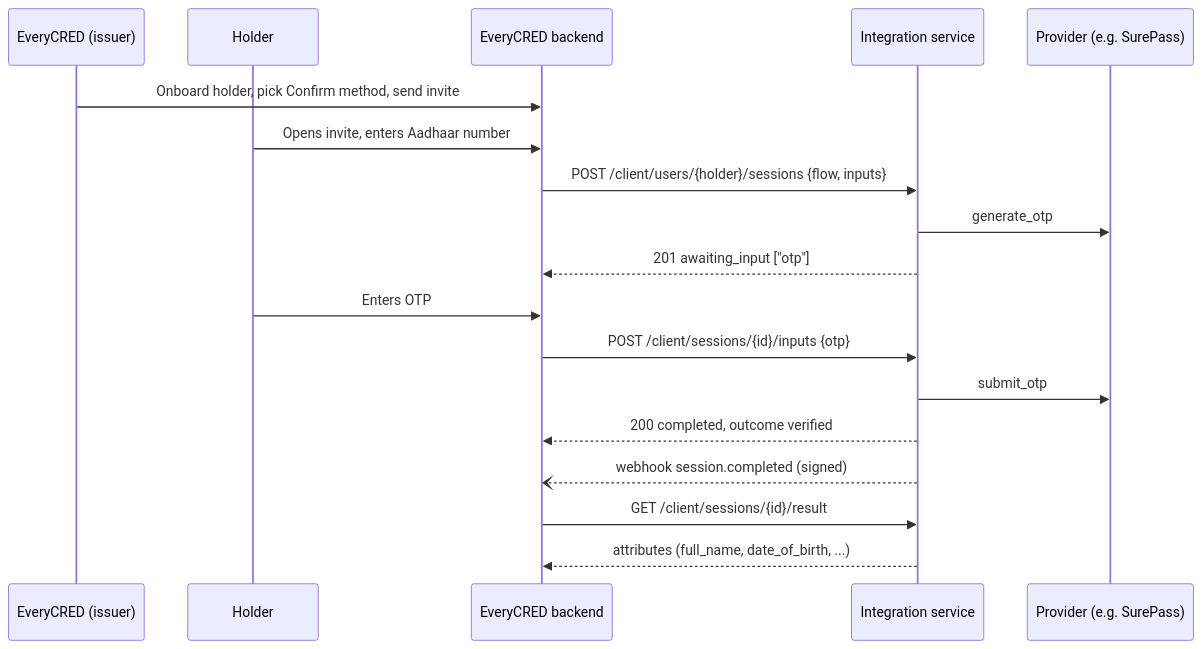
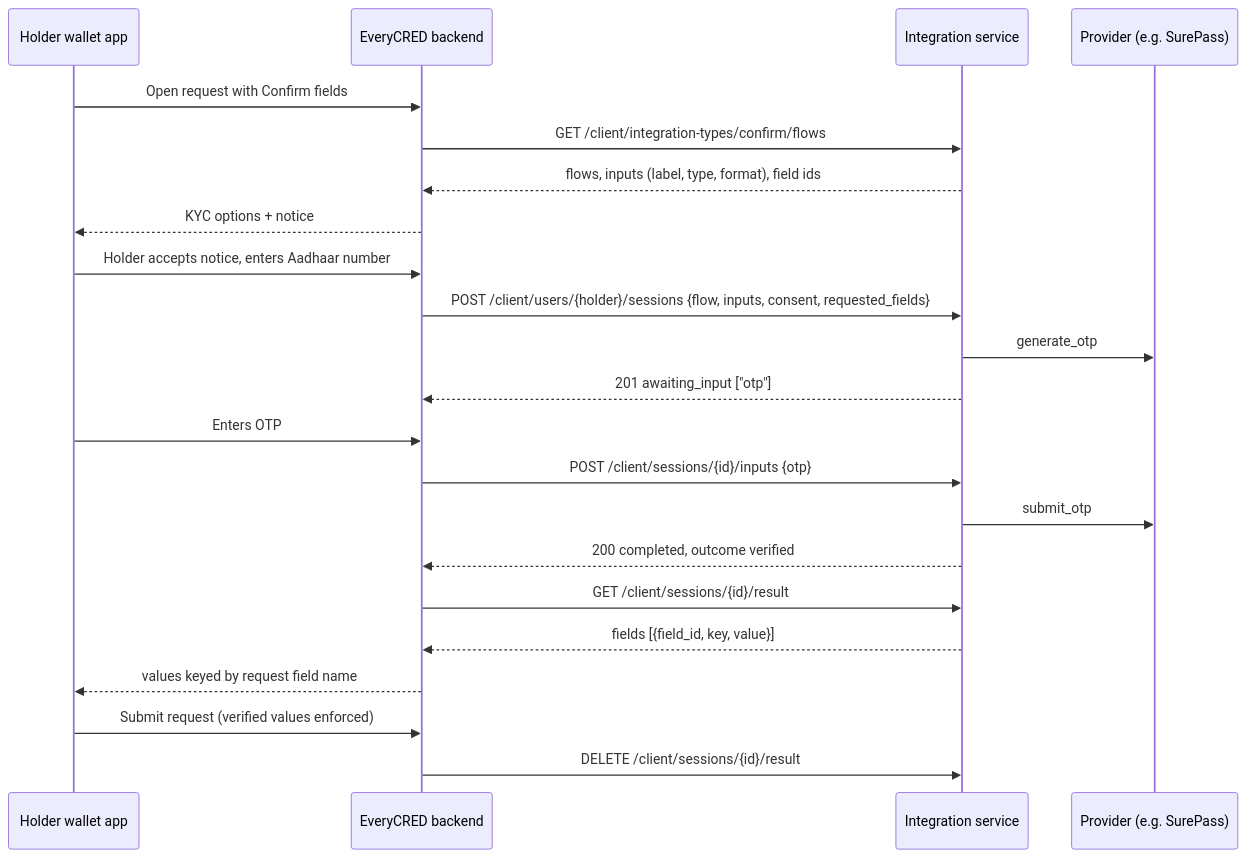
Before and after one commit to Manilvc/everycred-integration-service: the first of 2 diagrams in docs/features/sessions.md, drawn with Mermaid. The commit also changed other lines of this file and 18 other files, not shown here.

First line of the commit message:
Record holder consent, add sign-in flows and requested fields

````diff
--- a/docs/features/sessions.md
+++ b/docs/features/sessions.md
@@ -24,20 +37,24 @@
 ```mermaid
 sequenceDiagram
-    participant Issuer as EveryCRED (issuer)
-    participant Holder
+    participant Wallet as Holder wallet app
     participant ECB as EveryCRED backend
     participant IS as Integration service
     participant P as Provider (e.g. SurePass)
-    Issuer->>ECB: Onboard holder, pick Confirm method, send invite
-    Holder->>ECB: Opens invite, enters Aadhaar number
-    ECB->>IS: POST /client/users/{holder}/sessions {flow, inputs}
+    Wallet->>ECB: Open request with Confirm fields
+    ECB->>IS: GET /client/integration-types/confirm/flows
+    IS-->>ECB: flows, inputs (label, type, format), field ids
+    ECB-->>Wallet: KYC options + notice
+    Wallet->>ECB: Holder accepts notice, enters Aadhaar number
+    ECB->>IS: POST /client/users/{holder}/sessions {flow, inputs, consent, requested_fields}
     IS->>P: generate_otp
     IS-->>ECB: 201 awaiting_input ["otp"]
-    Holder->>ECB: Enters OTP
+    Wallet->>ECB: Enters OTP
     ECB->>IS: POST /client/sessions/{id}/inputs {otp}
     IS->>P: submit_otp
     IS-->>ECB: 200 completed, outcome verified
-    IS--)ECB: webhook session.completed (signed)
     ECB->>IS: GET /client/sessions/{id}/result
-    IS-->>ECB: attributes (full_name, date_of_birth, ...)
+    IS-->>ECB: fields [{field_id, key, value}]
+    ECB-->>Wallet: values keyed by request field name
+    Wallet->>ECB: Submit request (verified values enforced)
+    ECB->>IS: DELETE /client/sessions/{id}/result
 ```
````
